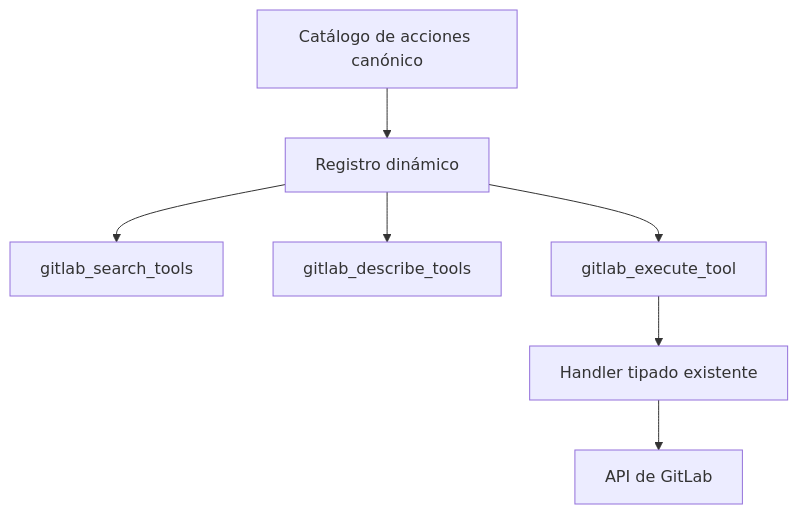
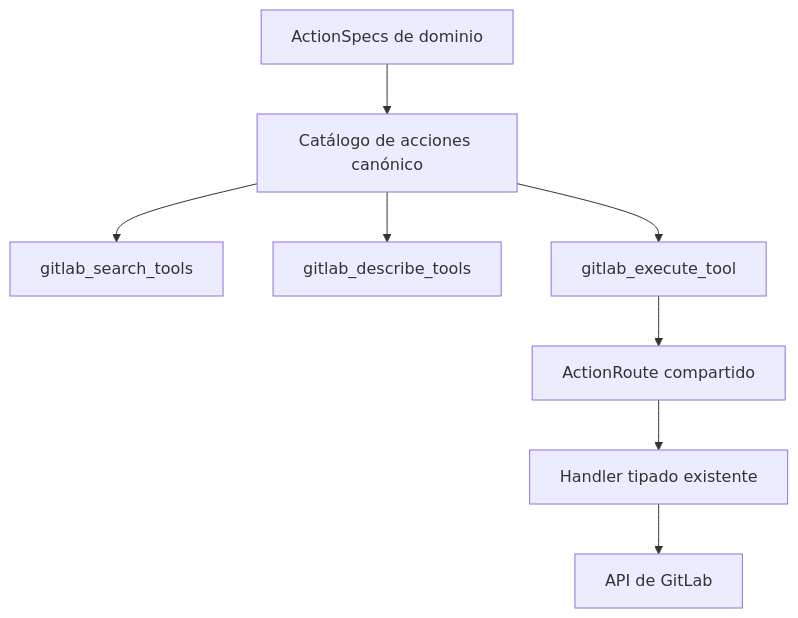
Before and after one commit to jmrplens/gitlab-mcp-server: the fifth of 5 diagrams in site/src/content/docs/es/architecture.mdx, drawn with Mermaid. The commit also changed other lines of this file and 1137 other files, not shown here.

First line of the commit message:
Consolidate catalog-first tool runtime (#108)

````diff
--- a/site/src/content/docs/es/architecture.mdx
+++ b/site/src/content/docs/es/architecture.mdx
@@ -147,9 +157,10 @@
 ```mermaid
 flowchart TD
-    A[Catálogo de acciones canónico] --> B[Registro dinámico]
-    B --> C[gitlab_search_tools]
-    B --> D[gitlab_describe_tools]
-    B --> E[gitlab_execute_tool]
-    E --> F[Handler tipado existente]
-    F --> G[API de GitLab]
+    specs[ActionSpecs de dominio] --> catalog[Catálogo de acciones canónico]
+    catalog --> search[gitlab_search_tools]
+    catalog --> describe[gitlab_describe_tools]
+    catalog --> execute[gitlab_execute_tool]
+    execute --> route[ActionRoute compartido]
+    route --> handler[Handler tipado existente]
+    handler --> gitlab[API de GitLab]
 ```
````
